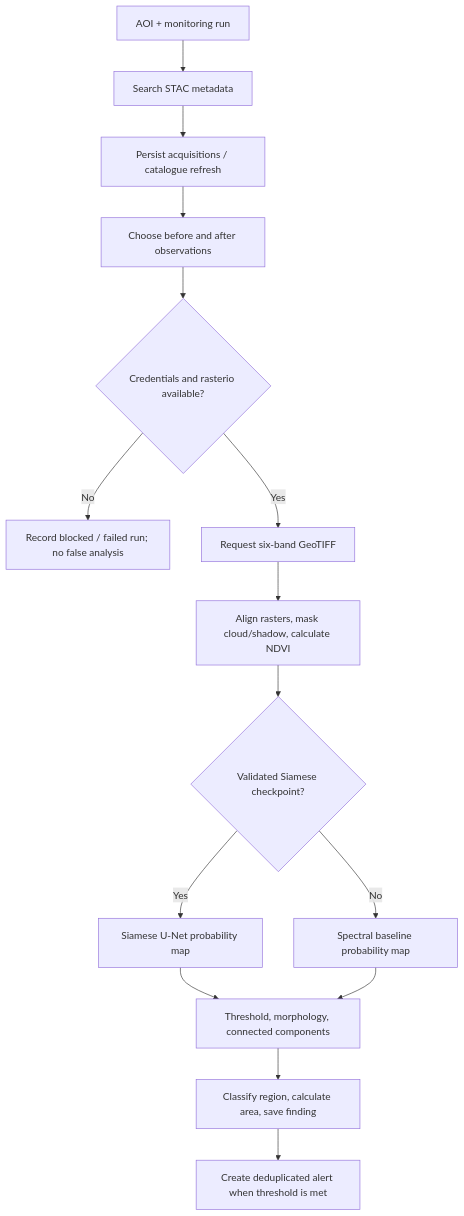
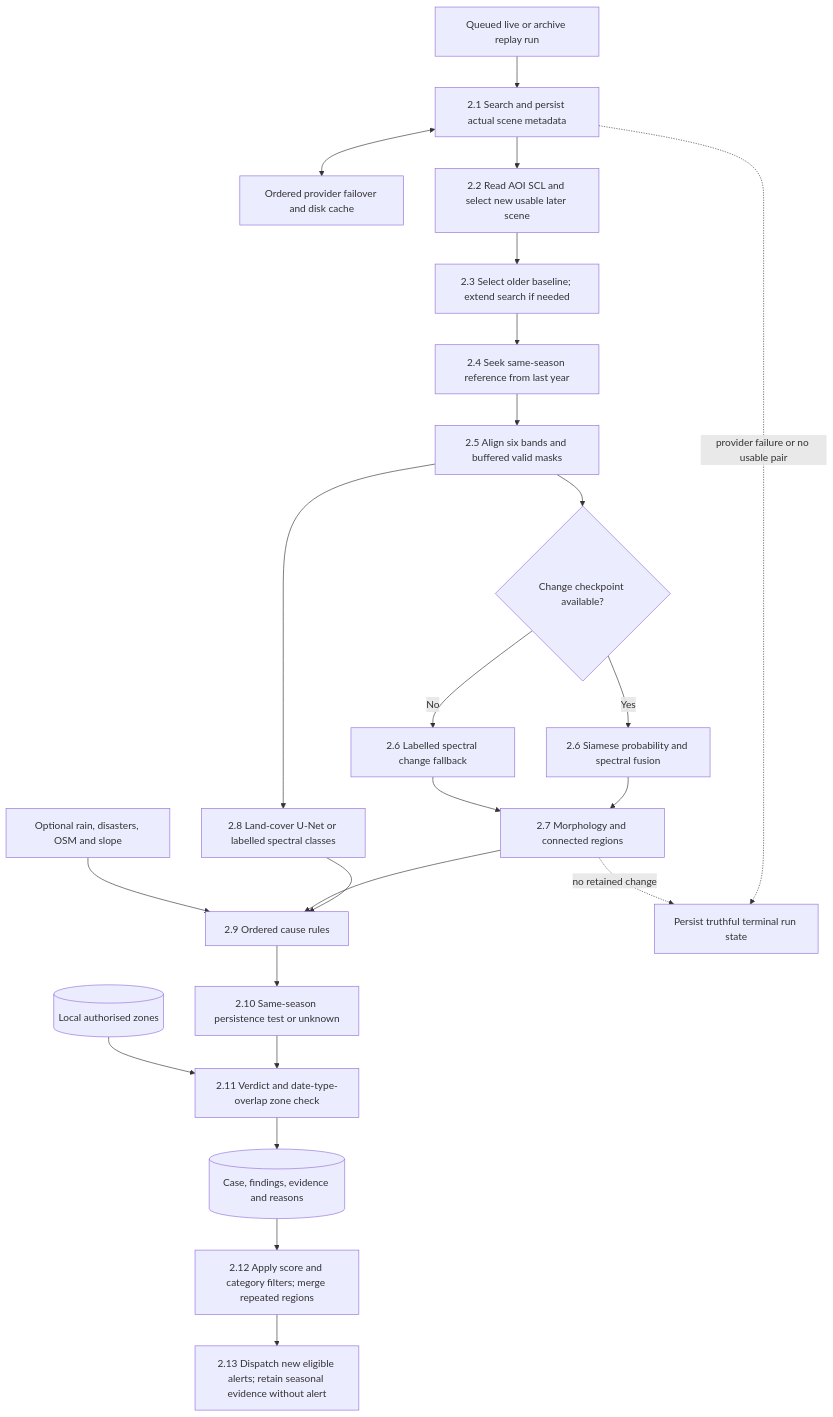
The diagram in docs/diagrams/dfd-level-2.mmd (srinidhimanjunath111-ni/SentinelWatch_Project), drawn with Mermaid before and after one commit. The commit also changed 9 other files, not shown here.

Commit message:
docs: align ten system diagrams with v3 implementation

```diff
--- a/docs/diagrams/dfd-level-2.mmd
+++ b/docs/diagrams/dfd-level-2.mmd
@@ -1,15 +1,24 @@
 flowchart TB
-  A[AOI + monitoring run] --> S[Search STAC metadata]
-  S --> C[Persist acquisitions / catalogue refresh]
-  C --> P[Choose before and after observations]
-  P --> Q{Credentials and rasterio available?}
-  Q -- No --> X[Record blocked / failed run; no false analysis]
-  Q -- Yes --> R[Request six-band GeoTIFF]
-  R --> G[Align rasters, mask cloud/shadow, calculate NDVI]
-  G --> M{Validated Siamese checkpoint?}
-  M -- Yes --> ML[Siamese U-Net probability map]
-  M -- No --> B[Spectral baseline probability map]
-  ML --> T[Threshold, morphology, connected components]
-  B --> T
-  T --> F[Classify region, calculate area, save finding]
-  F --> L[Create deduplicated alert when threshold is met]
+  R[Queued live or archive replay run] --> S[2.1 Search and persist actual scene metadata]
+  S <--> P[Ordered provider failover and disk cache]
+  S --> C[2.2 Read AOI SCL and select new usable later scene]
+  C --> B[2.3 Select older baseline; extend search if needed]
+  B --> REF[2.4 Seek same-season reference from last year]
+  REF --> A[2.5 Align six bands and buffered valid masks]
+  A --> M{Change checkpoint available?}
+  M -- Yes --> ML[2.6 Siamese probability and spectral fusion]
+  M -- No --> SP[2.6 Labelled spectral change fallback]
+  ML --> REG[2.7 Morphology and connected regions]
+  SP --> REG
+  A --> LC[2.8 Land-cover U-Net or labelled spectral classes]
+  LC --> CAUSE[2.9 Ordered cause rules]
+  REG --> CAUSE
+  CTX[Optional rain, disasters, OSM and slope] --> CAUSE
+  CAUSE --> SEAS[2.10 Same-season persistence test or unknown]
+  SEAS --> AUTH[2.11 Verdict and date-type-overlap zone check]
+  Z[(Local authorised zones)] --> AUTH
+  AUTH --> E[(Case, findings, evidence and reasons)]
+  E --> EL[2.12 Apply score and category filters; merge repeated regions]
+  EL --> DIS[2.13 Dispatch new eligible alerts; retain seasonal evidence without alert]
+  S -. provider failure or no usable pair .-> END[Persist truthful terminal run state]
+  REG -. no retained change .-> END
```
